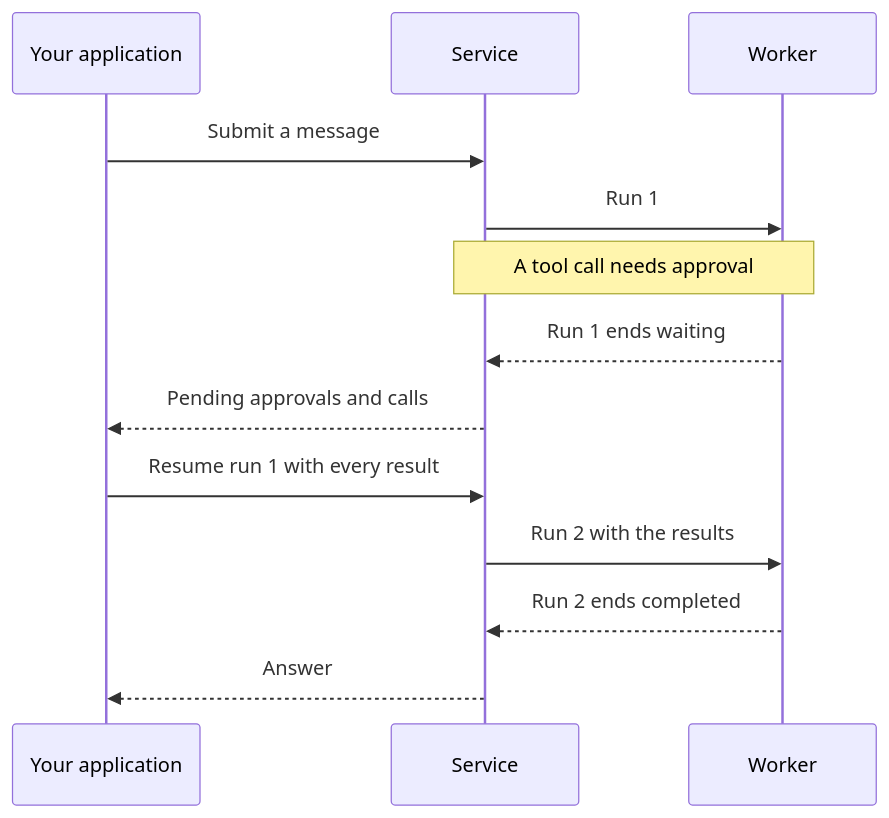
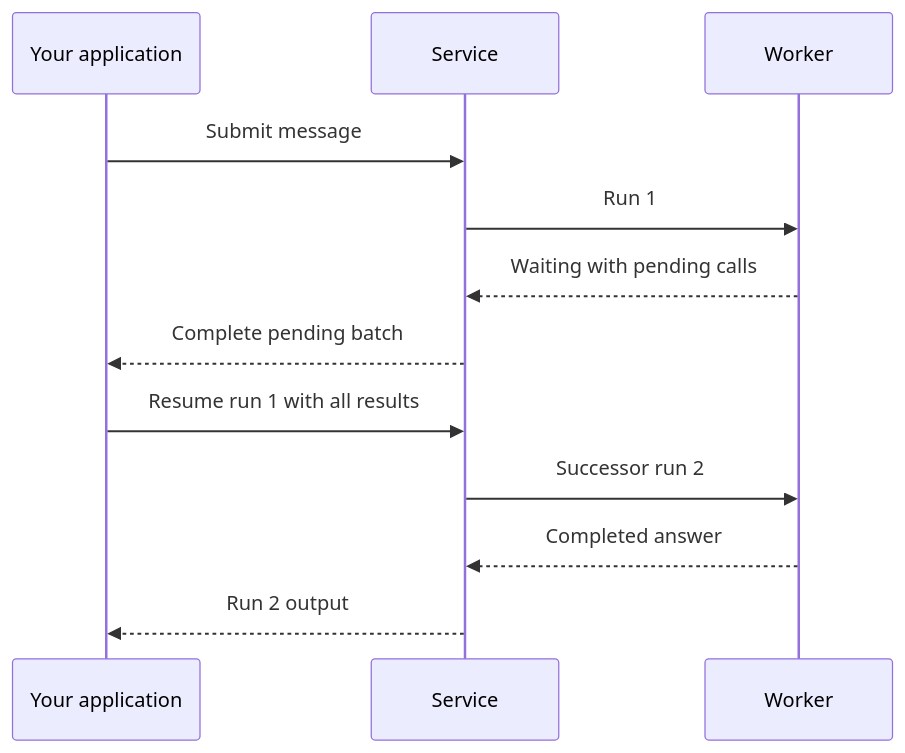
The diagram in docs/a13n-service/agents-and-runs.md (Jarvis636431/agent-foundation), drawn with Mermaid before and after one commit. The commit also changed other lines of this file and 202 other files, not shown here.

````diff
--- a/docs/a13n-service/agents-and-runs.md
+++ b/docs/a13n-service/agents-and-runs.md
@@ -343,18 +260,17 @@
 ```mermaid
 sequenceDiagram
     participant App as Your application
     participant Service
     participant Worker
-    App->>Service: Submit a message
+    App->>Service: Submit message
     Service->>Worker: Run 1
-    Note over Service,Worker: A tool call needs approval
-    Worker-->>Service: Run 1 ends waiting
-    Service-->>App: Pending approvals and calls
-    App->>Service: Resume run 1 with every result
-    Service->>Worker: Run 2 with the results
-    Worker-->>Service: Run 2 ends completed
-    Service-->>App: Answer
+    Worker-->>Service: Waiting with pending calls
+    Service-->>App: Complete pending batch
+    App->>Service: Resume run 1 with all results
+    Service->>Worker: Successor run 2
+    Worker-->>Service: Completed answer
+    Service-->>App: Run 2 output
 
     %% class App app
     %% class Service,Worker a13n
 ```
````
